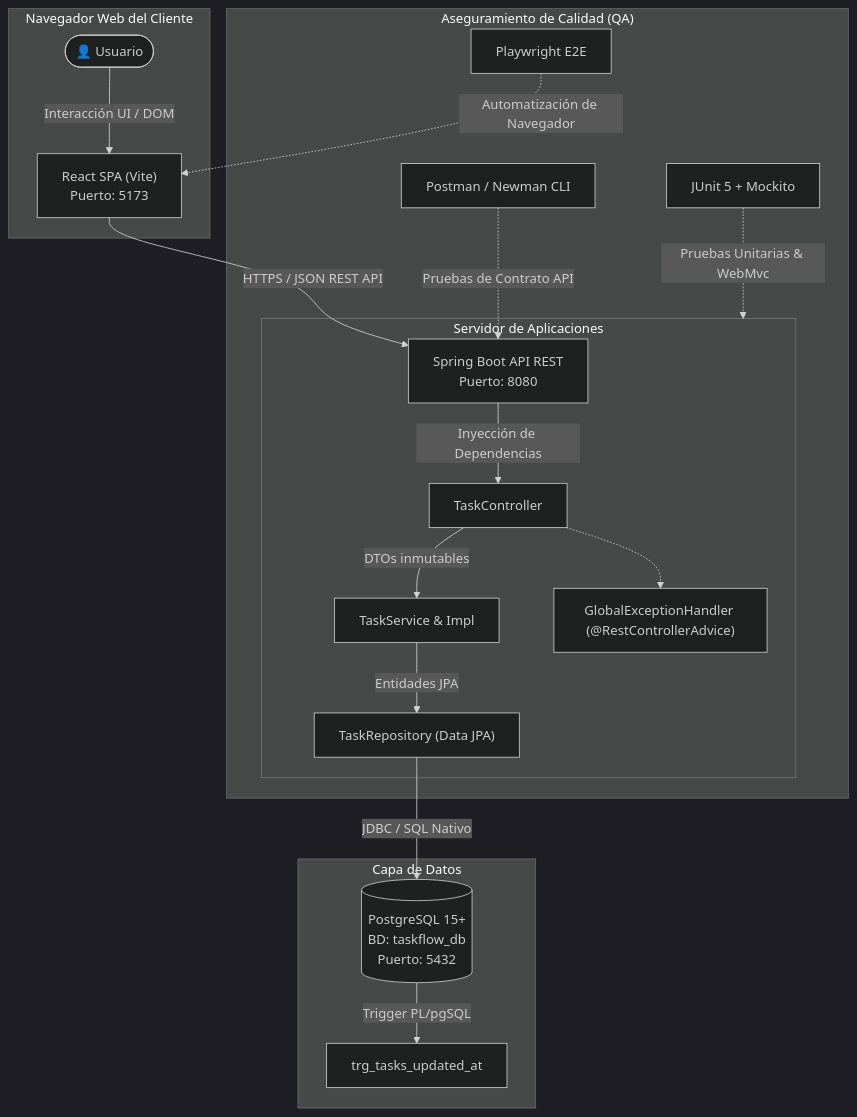
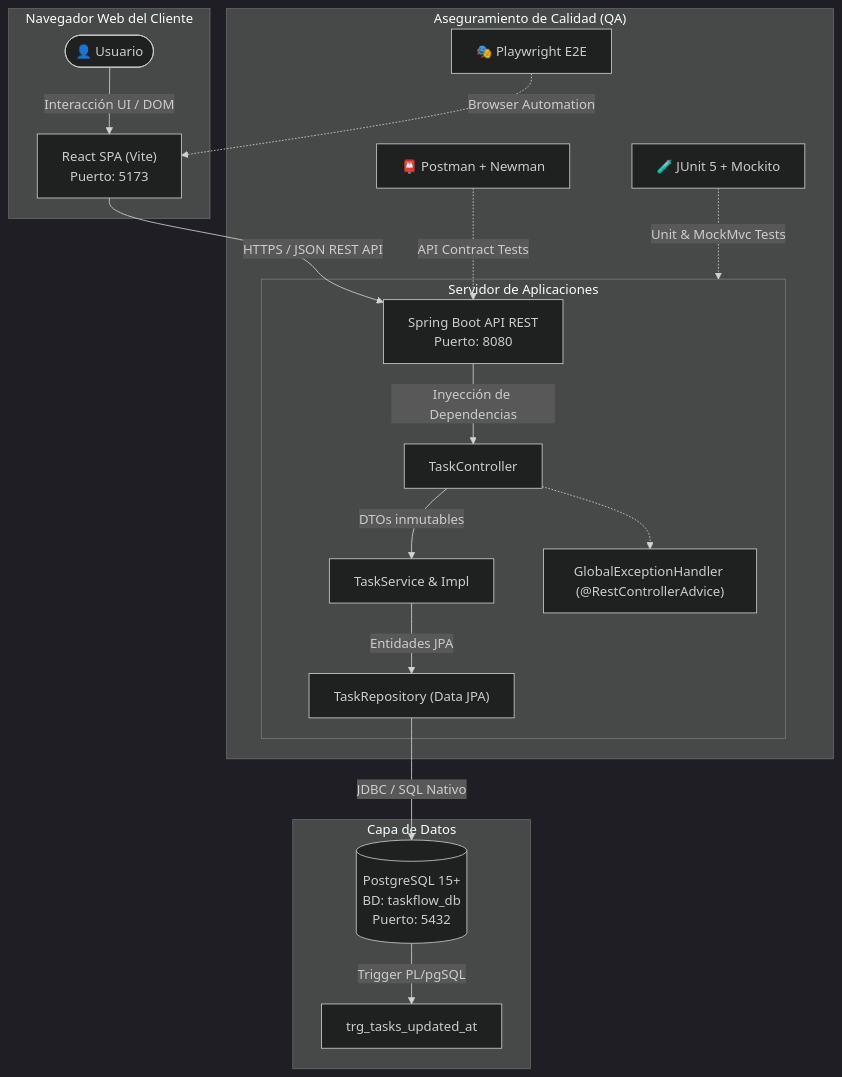
The first of 2 diagrams in docs/architecture/ARCHITECTURE.md (eduardoguiroa/taskflow-fullstack), drawn with Mermaid (dark theme) before and after one commit. The commit also changed 2 other files, not shown here.

Commit message:
fix(docs): quote mermaid edge labels and sanitize subgraph titles for github renderer

````diff
--- a/docs/architecture/ARCHITECTURE.md
+++ b/docs/architecture/ARCHITECTURE.md
@@ -9,25 +9,25 @@
 ```mermaid
 graph TD
     subgraph Browser ["Navegador Web del Cliente"]
-        User(["👤 Usuario"]) -->|Interacción UI / DOM| SPA["React SPA (Vite)<br>Puerto: 5173"]
+        User(["👤 Usuario"]) -->|"Interacción UI / DOM"| SPA["React SPA (Vite)<br>Puerto: 5173"]
     end
 
     subgraph BackendApp ["Servidor de Aplicaciones"]
-        SPA -->|HTTPS / JSON REST API| RestAPI["Spring Boot API REST<br>Puerto: 8080"]
-        RestAPI -->|Inyección de Dependencias| Controller["TaskController"]
-        Controller -->|DTOs inmutables| Service["TaskService & Impl"]
-        Service -->|Entidades JPA| Repo["TaskRepository (Data JPA)"]
+        SPA -->|"HTTPS / JSON REST API"| RestAPI["Spring Boot API REST<br>Puerto: 8080"]
+        RestAPI -->|"Inyección de Dependencias"| Controller["TaskController"]
+        Controller -->|"DTOs inmutables"| Service["TaskService & Impl"]
+        Service -->|"Entidades JPA"| Repo["TaskRepository (Data JPA)"]
         Controller -.-> ExceptionHandler["GlobalExceptionHandler (@RestControllerAdvice)"]
     end
 
     subgraph DataStore ["Capa de Datos"]
-        Repo -->|JDBC / SQL Nativo| Postgres[("PostgreSQL 15+<br>BD: taskflow_db<br>Puerto: 5432")]
-        Postgres -->|Trigger PL/pgSQL| Trg["trg_tasks_updated_at"]
+        Repo -->|"JDBC / SQL Nativo"| Postgres[("PostgreSQL 15+<br>BD: taskflow_db<br>Puerto: 5432")]
+        Postgres -->|"Trigger PL/pgSQL"| Trg["trg_tasks_updated_at"]
     end
 
     subgraph QualityAssurance ["Aseguramiento de Calidad (QA)"]
-        JUnit["JUnit 5 + Mockito"] -.->|Pruebas Unitarias & WebMvc| BackendApp
-        Newman["Postman / Newman CLI"] -.->|Pruebas de Contrato API| RestAPI
-        Playwright["Playwright E2E"] -.->|Automatización de Navegador| SPA
+        JUnit["🧪 JUnit 5 + Mockito"] -.->|"Unit & MockMvc Tests"| BackendApp
+        Newman["📮 Postman + Newman"] -.->|"API Contract Tests"| RestAPI
+        Playwright["🎭 Playwright E2E"] -.->|"Browser Automation"| SPA
     end
 ```
````
